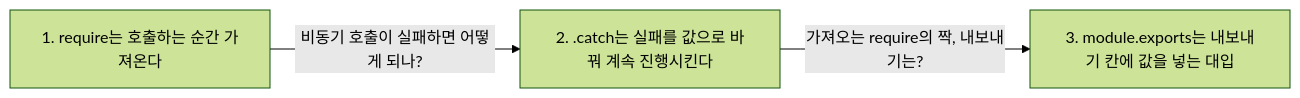
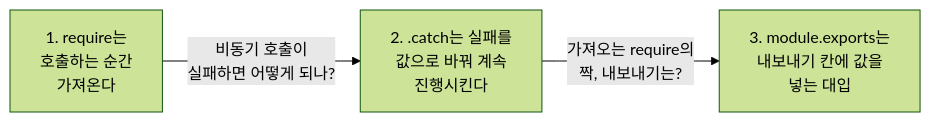
The second of 2 diagrams in 2026/November/11-05.md (ChildrenAon/TIL), drawn with Mermaid (forest theme) before and after one commit. The commit also changed other lines of this file and 5 other files, not shown here.

````diff
--- a/2026/November/11-05.md
+++ b/2026/November/11-05.md
@@ -270,5 +270,5 @@
 ```mermaid
 flowchart LR
-  A["1. require는 호출하는 순간 가져온다"] -->|"비동기 호출이 실패하면 어떻게 되나?"| B["2. .catch는 실패를 값으로 바꿔 계속 진행시킨다"]
-  B -->|"가져오는 require의 짝, 내보내기는?"| C["3. module.exports는 내보내기 칸에 값을 넣는 대입"]
+  A["1. require는<br/>호출하는 순간<br/>가져온다"] -->|"비동기 호출이<br/>실패하면 어떻게 되나?"| B["2. .catch는 실패를<br/>값으로 바꿔 계속<br/>진행시킨다"]
+  B -->|"가져오는 require의<br/>짝, 내보내기는?"| C["3. module.exports는<br/>내보내기 칸에 값을<br/>넣는 대입"]
 ```
````
